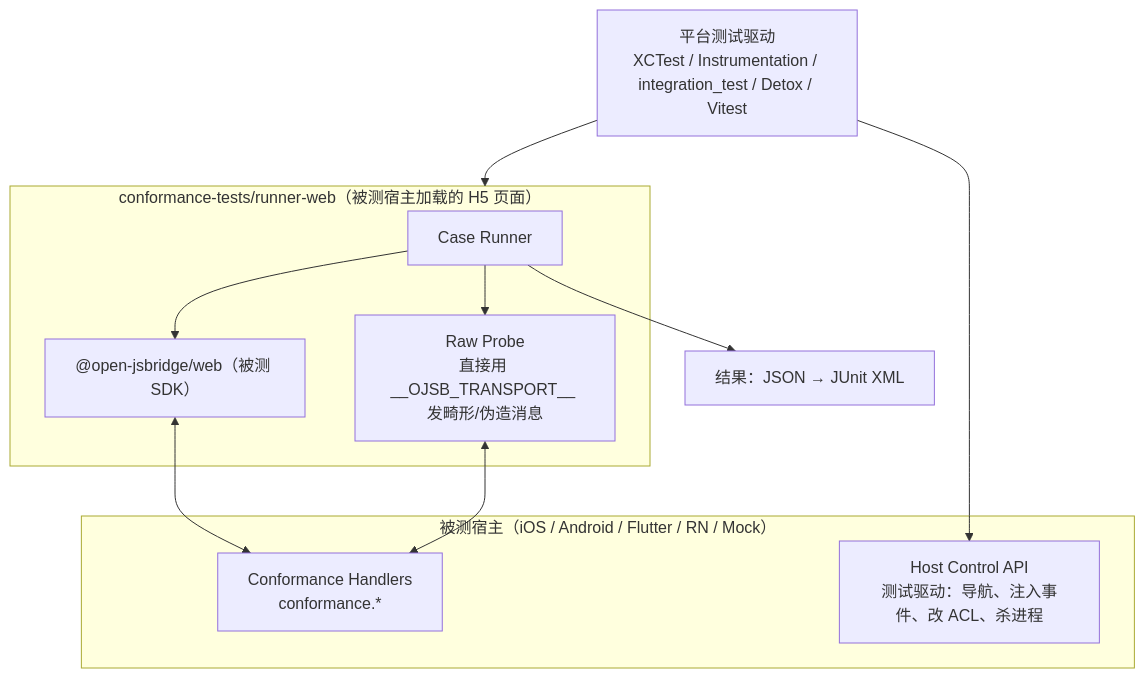
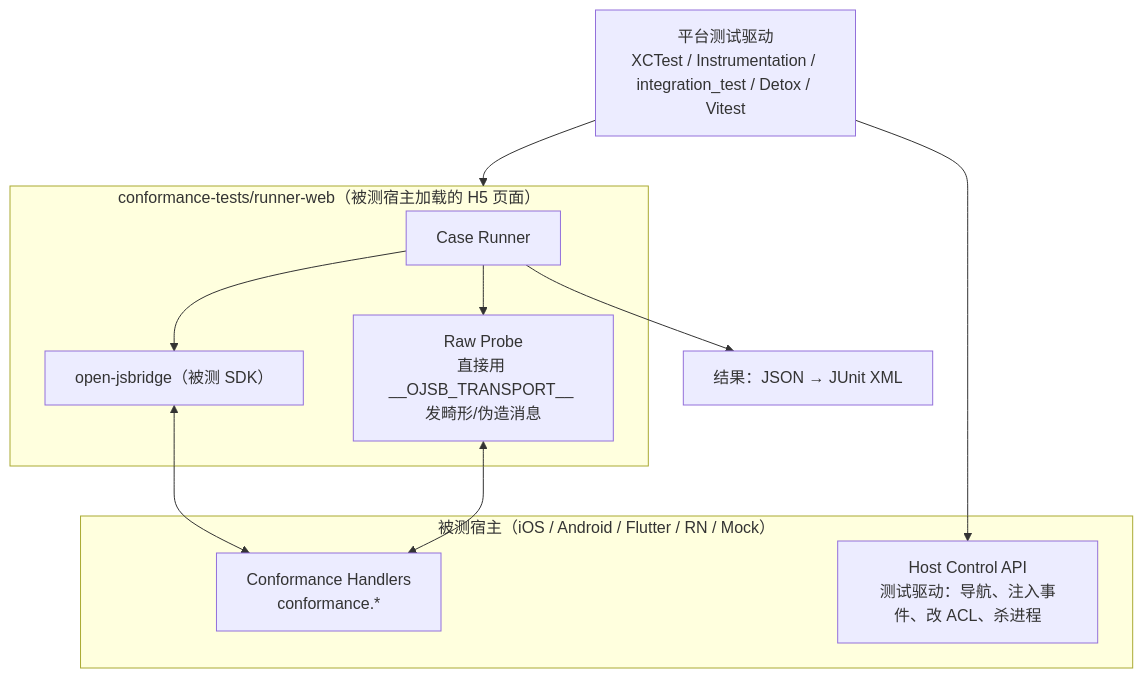
Before and after one commit to Josp3r/open-jsbridge: the second of 2 diagrams in docs/conformance.md, drawn with Mermaid. The commit also changed other lines of this file and 13 other files, not shown here.

Commit message:
feat(web-sdk): package open-jsbridge for npm installation

````diff
--- a/docs/conformance.md
+++ b/docs/conformance.md
@@ -69,16 +69,16 @@
 ```mermaid
 flowchart TB
   subgraph Runner["conformance-tests/runner-web（被测宿主加载的 H5 页面）"]
-    R[Case Runner] --> SDK["@open-jsbridge/web（被测 SDK）"]
+    R[Case Runner] --> SDK["open-jsbridge（被测 SDK）"]
     R --> RAW[Raw Probe<br/>直接用 __OJSB_TRANSPORT__ 发畸形/伪造消息]
   end
   subgraph Host["被测宿主（iOS / Android / Flutter / RN / Mock）"]
     TH[Conformance Handlers<br/>conformance.*]
     HC[Host Control API<br/>测试驱动：导航、注入事件、改 ACL、杀进程]
   end
   SDK <--> TH
   RAW <--> TH
   DRV[平台测试驱动<br/>XCTest / Instrumentation / integration_test / Detox / Vitest] --> HC
   DRV --> Runner
   R --> REP[结果：JSON → JUnit XML]
 ```
````
